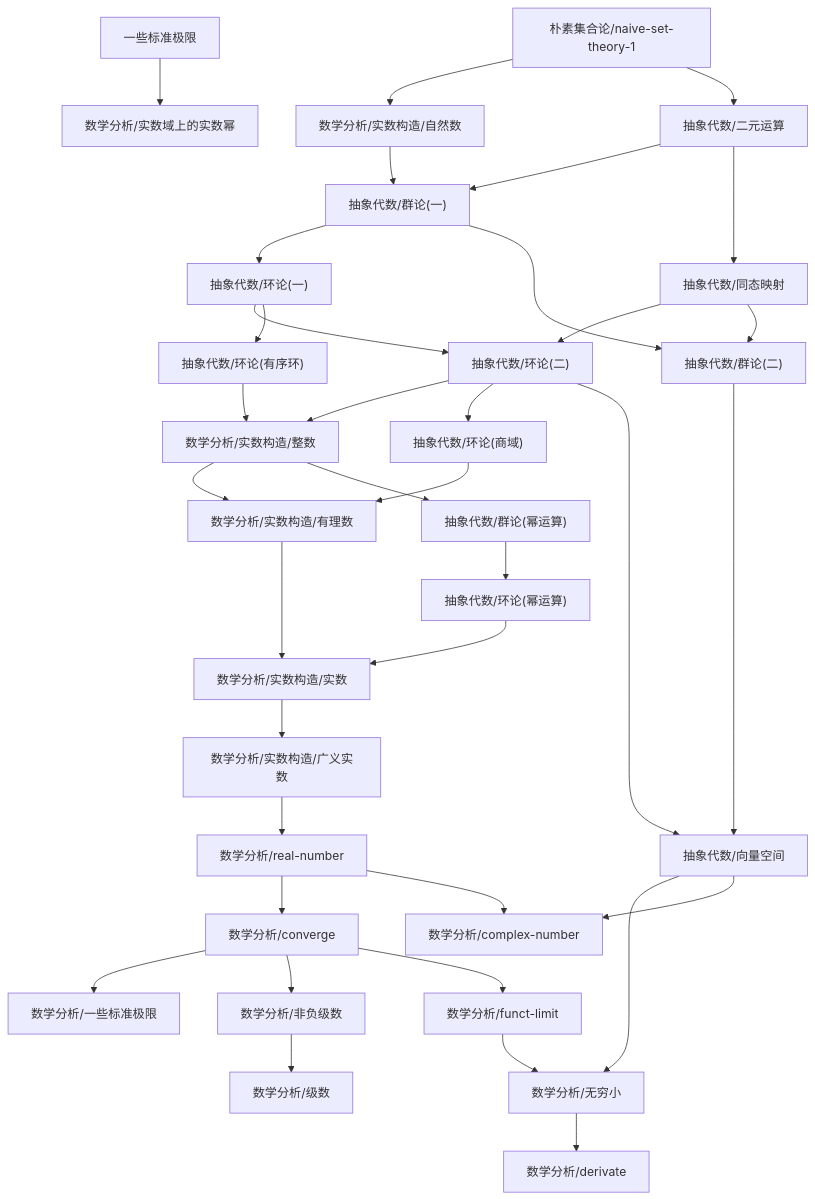
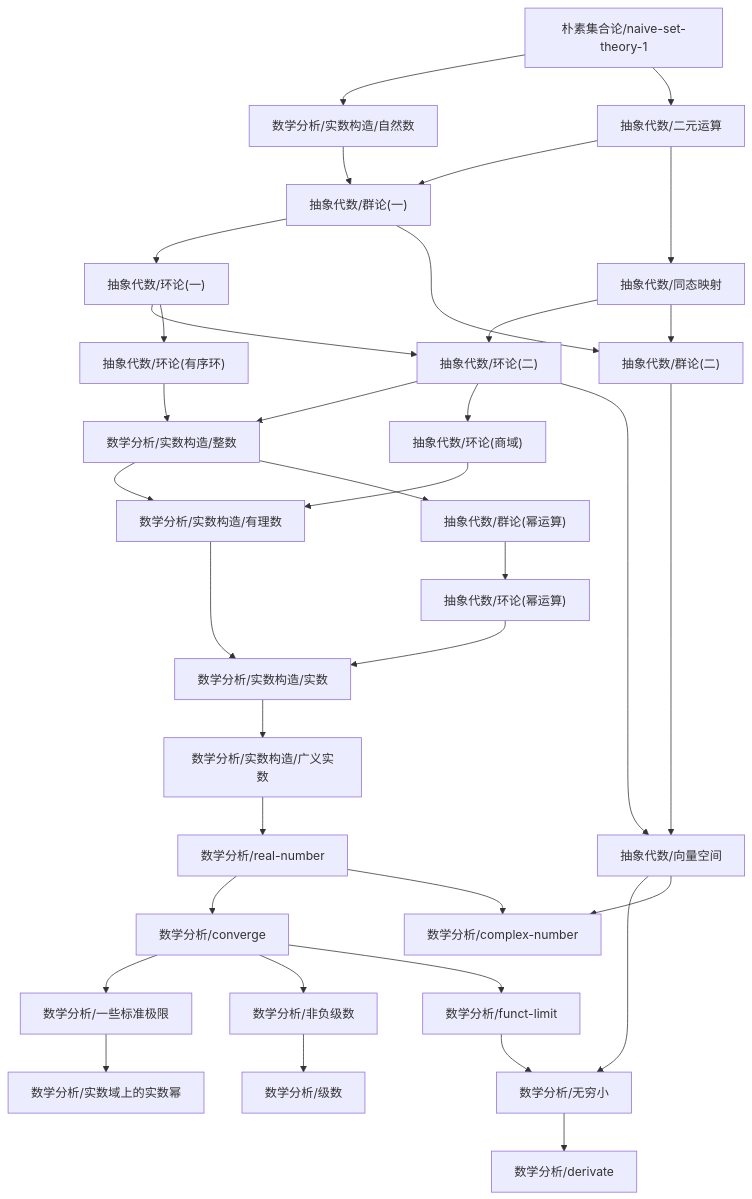
One commit to zeroDtree/zeroDtree.github.io changed the diagram in content/数学分析/dependency_graph.md. Above: the diagram before and after it, drawn with Mermaid. The commit also changed 3 other files, not shown here.

Commit message:
Update link reference in 实数域上的实数幂.md to point to the correct section in 数学分析 for improved navigation.

````diff
--- a/content/数学分析/dependency_graph.md
+++ b/content/数学分析/dependency_graph.md
@@ -1,38 +1,38 @@
 ```mermaid
 graph TD
 1["数学分析/非负级数"] --> 0["数学分析/级数"]
 3["数学分析/converge"] --> 2["数学分析/一些标准极限"]
-5["一些标准极限"] --> 4["数学分析/实数域上的实数幂"]
-7["数学分析/无穷小"] --> 6["数学分析/derivate"]
-8["数学分析/real-number"] --> 3["数学分析/converge"]
+2["数学分析/一些标准极限"] --> 4["数学分析/实数域上的实数幂"]
+6["数学分析/无穷小"] --> 5["数学分析/derivate"]
+7["数学分析/real-number"] --> 3["数学分析/converge"]
 3["数学分析/converge"] --> 1["数学分析/非负级数"]
-9["抽象代数/向量空间"] --> 7["数学分析/无穷小"]
-10["数学分析/funct-limit"] --> 7["数学分析/无穷小"]
-3["数学分析/converge"] --> 10["数学分析/funct-limit"]
-8["数学分析/real-number"] --> 12["数学分析/complex-number"]
-9["抽象代数/向量空间"] --> 12["数学分析/complex-number"]
-13["数学分析/实数构造/广义实数"] --> 8["数学分析/real-number"]
-15["数学分析/实数构造/有理数"] --> 14["数学分析/实数构造/实数"]
-16["抽象代数/环论(幂运算)"] --> 14["数学分析/实数构造/实数"]
-17["数学分析/实数构造/整数"] --> 15["数学分析/实数构造/有理数"]
-18["抽象代数/环论(商域)"] --> 15["数学分析/实数构造/有理数"]
-14["数学分析/实数构造/实数"] --> 13["数学分析/实数构造/广义实数"]
-20["朴素集合论/naive-set-theory-1"] --> 19["数学分析/实数构造/自然数"]
-21["抽象代数/环论(二)"] --> 17["数学分析/实数构造/整数"]
-22["抽象代数/环论(有序环)"] --> 17["数学分析/实数构造/整数"]
-23["抽象代数/环论(一)"] --> 21["抽象代数/环论(二)"]
-24["抽象代数/同态映射"] --> 21["抽象代数/环论(二)"]
-23["抽象代数/环论(一)"] --> 22["抽象代数/环论(有序环)"]
-25["抽象代数/群论(一)"] --> 23["抽象代数/环论(一)"]
-19["数学分析/实数构造/自然数"] --> 25["抽象代数/群论(一)"]
-26["抽象代数/二元运算"] --> 25["抽象代数/群论(一)"]
-20["朴素集合论/naive-set-theory-1"] --> 26["抽象代数/二元运算"]
-26["抽象代数/二元运算"] --> 24["抽象代数/同态映射"]
-21["抽象代数/环论(二)"] --> 18["抽象代数/环论(商域)"]
-27["抽象代数/群论(幂运算)"] --> 16["抽象代数/环论(幂运算)"]
-17["数学分析/实数构造/整数"] --> 27["抽象代数/群论(幂运算)"]
-28["抽象代数/群论(二)"] --> 9["抽象代数/向量空间"]
-21["抽象代数/环论(二)"] --> 9["抽象代数/向量空间"]
-25["抽象代数/群论(一)"] --> 28["抽象代数/群论(二)"]
-24["抽象代数/同态映射"] --> 28["抽象代数/群论(二)"]
+8["抽象代数/向量空间"] --> 6["数学分析/无穷小"]
+9["数学分析/funct-limit"] --> 6["数学分析/无穷小"]
+3["数学分析/converge"] --> 9["数学分析/funct-limit"]
+7["数学分析/real-number"] --> 11["数学分析/complex-number"]
+8["抽象代数/向量空间"] --> 11["数学分析/complex-number"]
+12["数学分析/实数构造/广义实数"] --> 7["数学分析/real-number"]
+14["数学分析/实数构造/有理数"] --> 13["数学分析/实数构造/实数"]
+15["抽象代数/环论(幂运算)"] --> 13["数学分析/实数构造/实数"]
+16["数学分析/实数构造/整数"] --> 14["数学分析/实数构造/有理数"]
+17["抽象代数/环论(商域)"] --> 14["数学分析/实数构造/有理数"]
+13["数学分析/实数构造/实数"] --> 12["数学分析/实数构造/广义实数"]
+19["朴素集合论/naive-set-theory-1"] --> 18["数学分析/实数构造/自然数"]
+20["抽象代数/环论(二)"] --> 16["数学分析/实数构造/整数"]
+21["抽象代数/环论(有序环)"] --> 16["数学分析/实数构造/整数"]
+22["抽象代数/环论(一)"] --> 20["抽象代数/环论(二)"]
+23["抽象代数/同态映射"] --> 20["抽象代数/环论(二)"]
+22["抽象代数/环论(一)"] --> 21["抽象代数/环论(有序环)"]
+24["抽象代数/群论(一)"] --> 22["抽象代数/环论(一)"]
+18["数学分析/实数构造/自然数"] --> 24["抽象代数/群论(一)"]
+25["抽象代数/二元运算"] --> 24["抽象代数/群论(一)"]
+19["朴素集合论/naive-set-theory-1"] --> 25["抽象代数/二元运算"]
+25["抽象代数/二元运算"] --> 23["抽象代数/同态映射"]
+20["抽象代数/环论(二)"] --> 17["抽象代数/环论(商域)"]
+26["抽象代数/群论(幂运算)"] --> 15["抽象代数/环论(幂运算)"]
+16["数学分析/实数构造/整数"] --> 26["抽象代数/群论(幂运算)"]
+27["抽象代数/群论(二)"] --> 8["抽象代数/向量空间"]
+20["抽象代数/环论(二)"] --> 8["抽象代数/向量空间"]
+24["抽象代数/群论(一)"] --> 27["抽象代数/群论(二)"]
+23["抽象代数/同态映射"] --> 27["抽象代数/群论(二)"]
 ```
````
